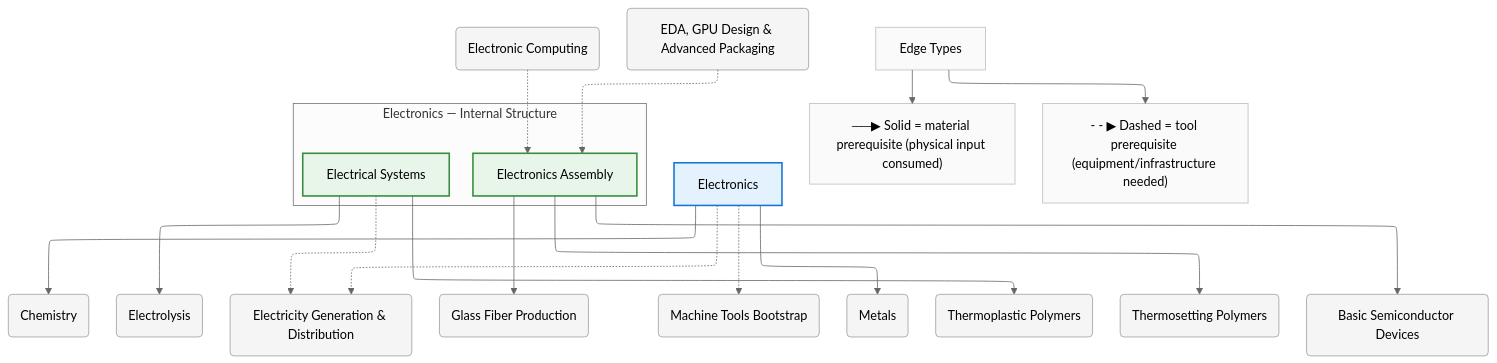
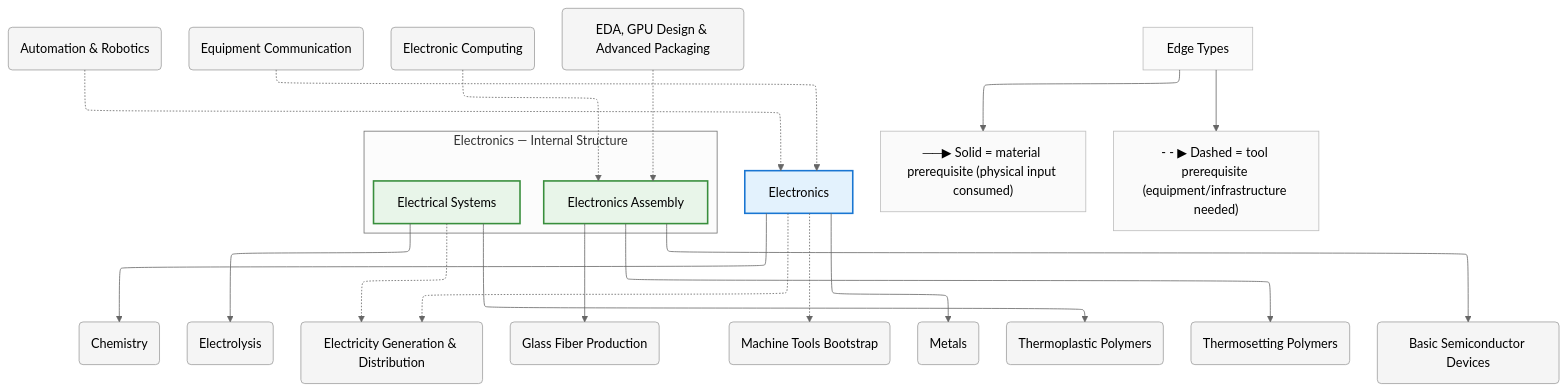
The diagram in diagrams/mermaid/electronics.mmd (egofree/TechTree), drawn with Mermaid (neutral theme) before and after one commit. The commit also changed 51 other files, not shown here.

```diff
--- a/diagrams/mermaid/electronics.mmd
+++ b/diagrams/mermaid/electronics.mmd
@@ -1,70 +1,76 @@
 %%{init: {"flowchart": {"defaultRenderer": "elk", "htmlLabels": true}}}%%
 graph TD
     %% Domain: Electronics
 
     %% ==================== INTERNAL NODES ====================
     subgraph electronics_internal ["Electronics — Internal Structure"]
         direction TB
         electronics_assembly["Electronics Assembly"]
         electronics_electrical-systems["Electrical Systems"]
     end
 
     %% ==================== DOMAIN NODE ====================
     electronics["Electronics"]
 
     %% ==================== EXTERNAL DEPENDENCIES ====================
+    automation("Automation & Robotics")
+    automation_equipment-communication("Equipment Communication")
     chemistry("Chemistry")
     chemistry_electrolysis("Electrolysis")
     computing_electronic("Electronic Computing")
     energy_electricity("Electricity Generation & Distribution")
     glass_fibers("Glass Fiber Production")
     machine-tools("Machine Tools Bootstrap")
     metals("Metals")
     polymers_thermoplastics("Thermoplastic Polymers")
     polymers_thermosets("Thermosetting Polymers")
     silicon_basic-devices("Basic Semiconductor Devices")
     vlsi-scaling_eda-design("EDA, GPU Design & Advanced Packaging")
 
     %% ==================== EDGES ====================
     electronics --> metals
     electronics -.-> energy_electricity
     electronics -.-> machine-tools
     electronics --> chemistry
     electronics_assembly --> silicon_basic-devices
     electronics_assembly --> glass_fibers
     electronics_assembly --> polymers_thermosets
     electronics_electrical-systems -.-> energy_electricity
     electronics_electrical-systems --> chemistry_electrolysis
     electronics_electrical-systems --> polymers_thermoplastics
     computing_electronic -.-> electronics_assembly
     vlsi-scaling_eda-design -.-> electronics_assembly
+    automation -.-> electronics
+    automation_equipment-communication -.-> electronics
 
     %% ==================== EDGE TYPE LEGEND ====================
     EdgeLegend["Edge Types"]
     EdgeLegend --> MatNote["──▶ Solid = material prerequisite (physical input consumed)"]
     EdgeLegend --> ToolNote["- - ▶ Dashed = tool prerequisite (equipment/infrastructure needed)"]
 
     %% ==================== STYLING ====================
     classDef domain fill:#e3f2fd,stroke:#1976d2,stroke-width:2px
     classDef capability fill:#e8f5e9,stroke:#388e3c,stroke-width:2px
     classDef process fill:#fff3e0,stroke:#f57c00,stroke-width:2px
     classDef critical fill:#fff3e0,stroke:#f57c00,stroke-width:3px
     classDef earlyWin fill:#e8f5e9,stroke:#388e3c,stroke-width:3px
     classDef pinnacle fill:#fce4ec,stroke:#c62828,stroke-width:3px
     classDef external fill:#f5f5f5,stroke:#9e9e9e,stroke-width:1px
     classDef legend fill:#fafafa,stroke:#bdbdbd,stroke-width:1px
     class electronics domain
     class electronics_assembly capability
     class electronics_electrical-systems capability
+    class automation external
+    class automation_equipment-communication external
     class chemistry external
     class chemistry_electrolysis external
     class computing_electronic external
     class energy_electricity external
     class glass_fibers external
     class machine-tools external
     class metals external
     class polymers_thermoplastics external
     class polymers_thermosets external
     class silicon_basic-devices external
     class vlsi-scaling_eda-design external
     class EdgeLegend,MatNote,ToolNote legend
```
